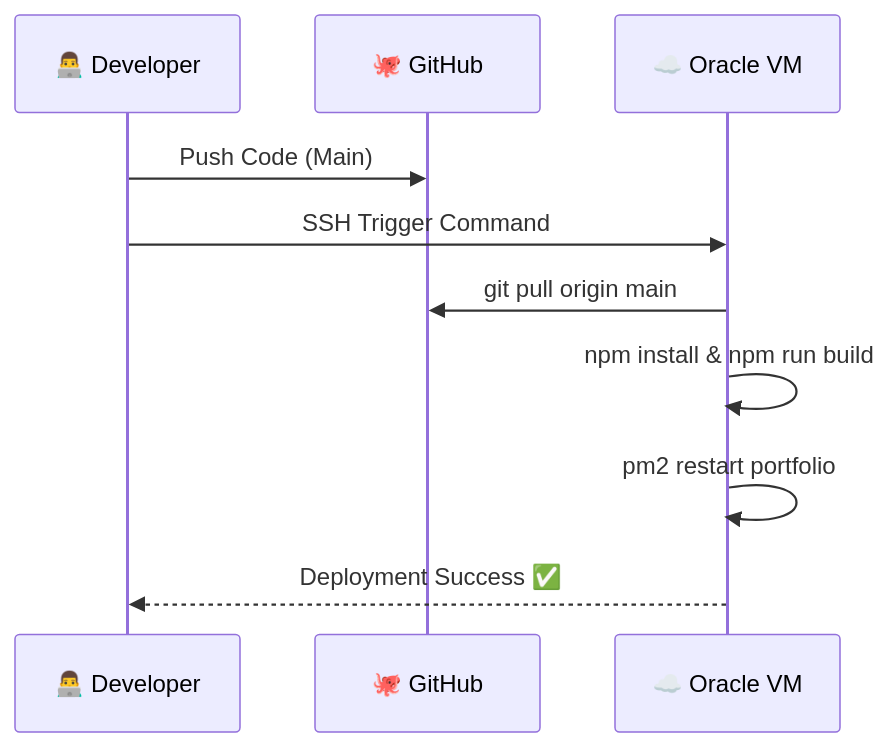
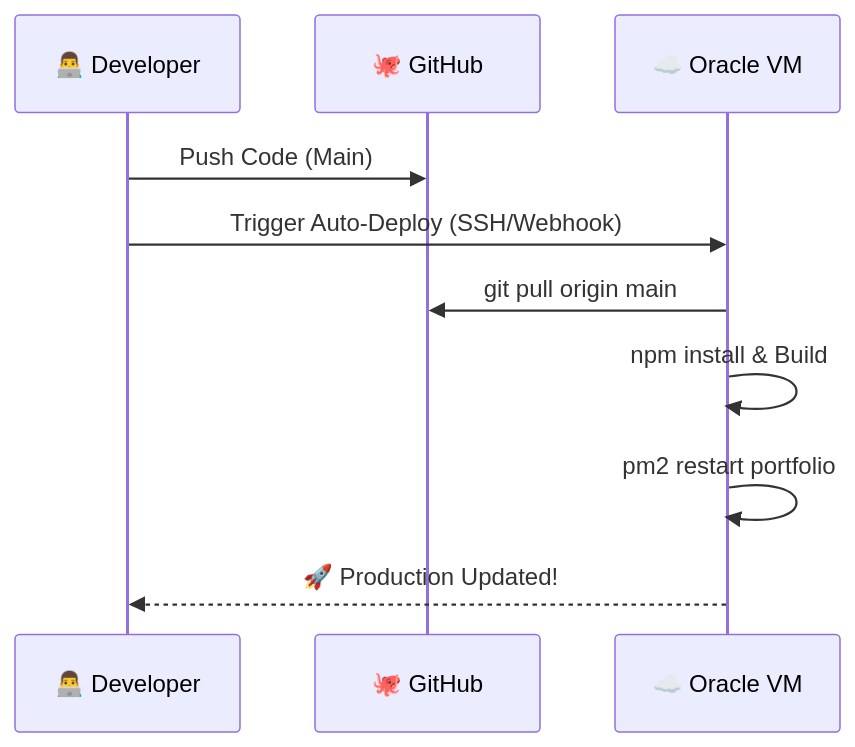
One commit to YAadnane/Protfolio changed the fourth of 4 diagrams in README.md. Above: the diagram before and after it, drawn with Mermaid. The commit also changed other lines of this file, not shown here.

Commit message:
Comprehensively document Features, Engagement, and Deployment in README

````diff
--- a/README.md
+++ b/README.md
@@ -252,13 +291,13 @@
 ```mermaid
 sequenceDiagram
     participant Dev as 👨‍💻 Developer
     participant Git as 🐙 GitHub
     participant Server as ☁️ Oracle VM
     
     Dev->>Git: Push Code (Main)
-    Dev->>Server: SSH Trigger Command
+    Dev->>Server: Trigger Auto-Deploy (SSH/Webhook)
     Server->>Git: git pull origin main
-    Server->>Server: npm install & npm run build
+    Server->>Server: npm install & Build
     Server->>Server: pm2 restart portfolio
-    Server-->>Dev: Deployment Success ✅
+    Server-->>Dev: 🚀 Production Updated!
 ```
````
